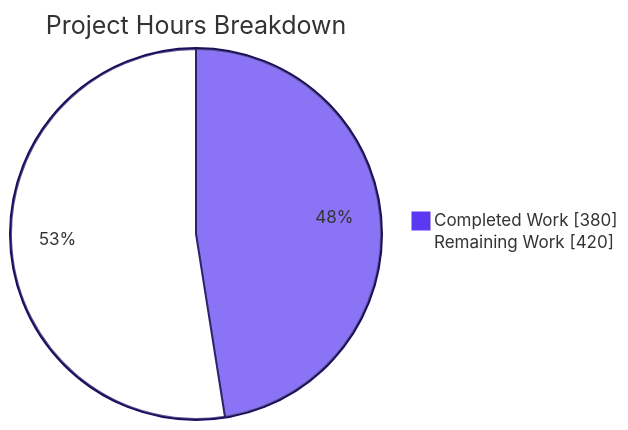
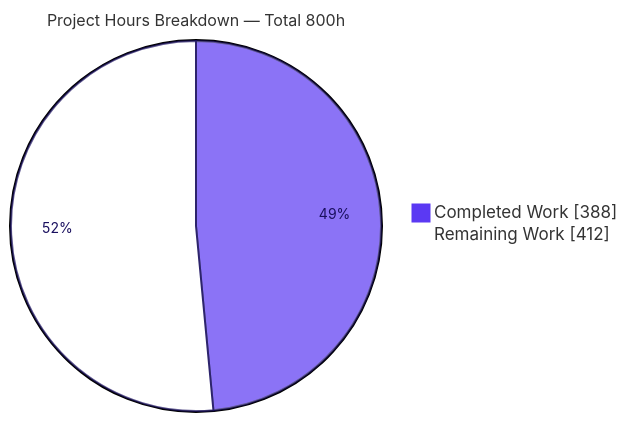
One commit to Blitzy-Sandbox/blitzy-spark changed the second of 5 diagrams in blitzy/documentation/Project Guide.md. Above: the diagram before and after it, drawn with Mermaid. The commit also changed other lines of this file, not shown here.

Commit message:
Adding Blitzy Project Guide: Project Status and Human Tasks Remaining

````diff
--- a/blitzy/documentation/Project Guide.md
+++ b/blitzy/documentation/Project Guide.md
@@ -263,6 +272,6 @@
 ```mermaid
-%%{init: {'theme':'base', 'themeVariables': { 'pie1': '#5B39F3', 'pie2': '#FFFFFF', 'pieStrokeColor': '#1A105F', 'pieStrokeWidth': '2px', 'pieOuterStrokeColor': '#1A105F', 'pieOuterStrokeWidth': '2px'}}}%%
-pie showData title Project Hours Breakdown
-    "Completed Work" : 380
-    "Remaining Work" : 420
+%%{init: {'theme':'base', 'themeVariables': { 'pie1': '#5B39F3', 'pie2': '#FFFFFF', 'pieStrokeColor': '#1A105F', 'pieTitleTextSize': '16px', 'pieSectionTextSize': '14px', 'pieSectionTextColor': '#1A105F'}}}%%
+pie showData title Project Hours Breakdown — Total 800h
+    "Completed Work" : 388
+    "Remaining Work" : 412
 ```
````
